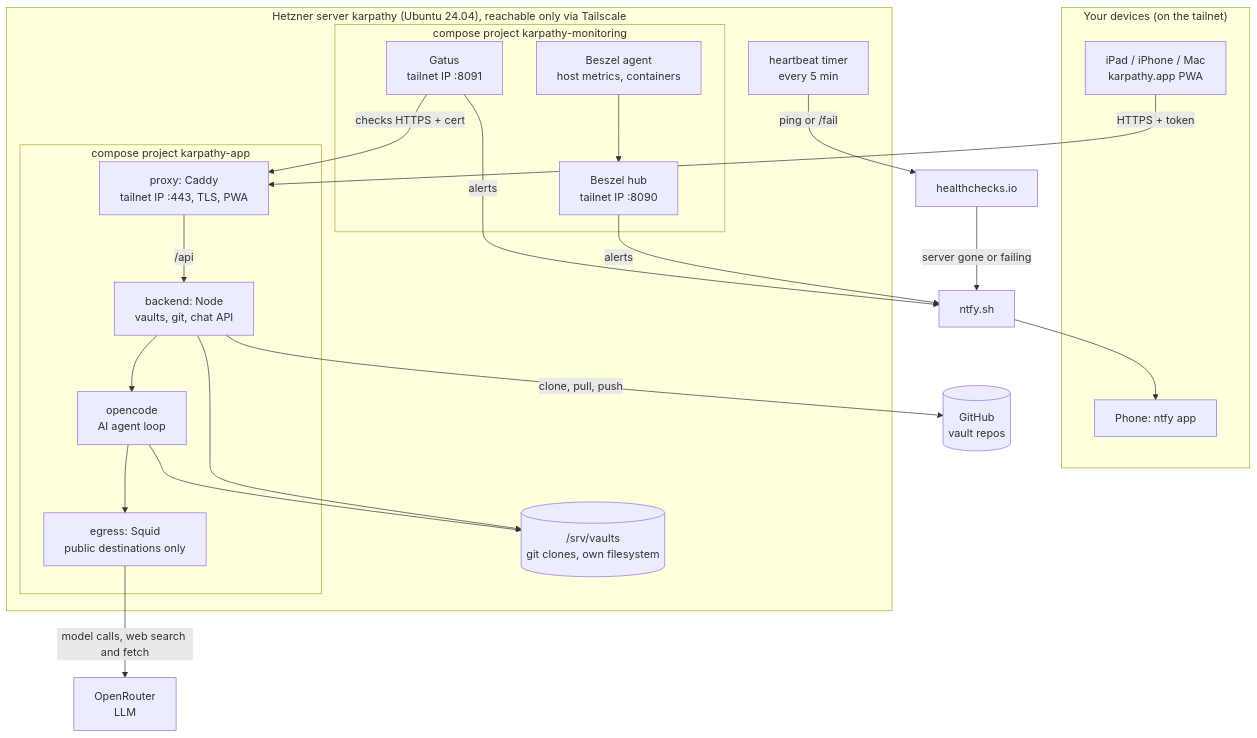
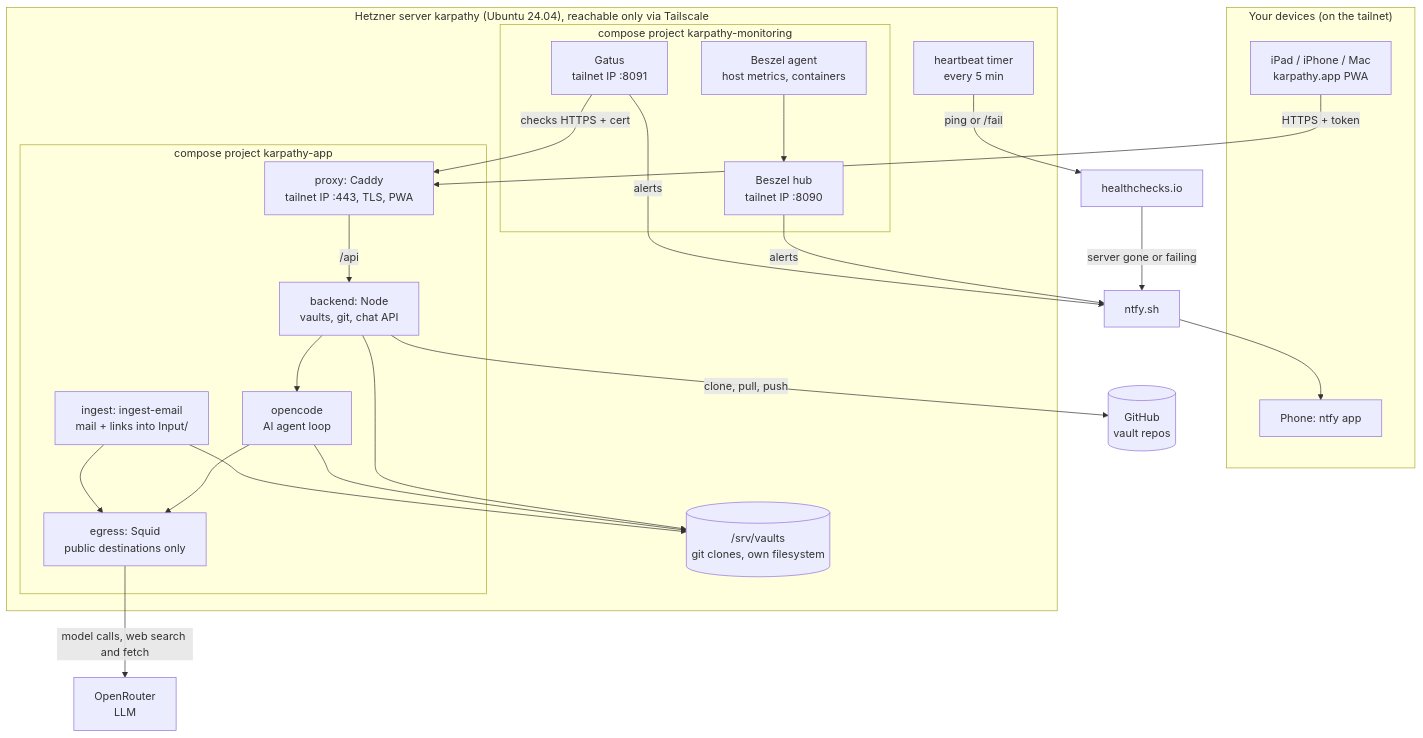
The diagram in deploy/README.md (tillg/karpathy.app), drawn with Mermaid before and after one commit. The commit also changed other lines of this file and 6 other files, not shown here.

````diff
--- a/deploy/README.md
+++ b/deploy/README.md
@@ -9,41 +9,44 @@
 ```mermaid
 flowchart TB
   subgraph Devices["Your devices (on the tailnet)"]
     iPad[iPad / iPhone / Mac<br/>karpathy.app PWA]
     Phone[Phone: ntfy app]
   end
   subgraph Server["Hetzner server karpathy (Ubuntu 24.04), reachable only via Tailscale"]
     subgraph App["compose project karpathy-app"]
       proxy[proxy: Caddy<br/>tailnet IP :443, TLS, PWA]
       backend[backend: Node<br/>vaults, git, chat API]
       opencode[opencode<br/>AI agent loop]
       egress[egress: Squid<br/>public destinations only]
+      ingest[ingest: ingest-email<br/>mail + links into Input/]
     end
     subgraph Mon["compose project karpathy-monitoring"]
       hub[Beszel hub<br/>tailnet IP :8090]
       agent[Beszel agent<br/>host metrics, containers]
       gatus[Gatus<br/>tailnet IP :8091]
     end
     vaults[(/srv/vaults<br/>git clones, own filesystem)]
     timer[heartbeat timer<br/>every 5 min]
   end
   GitHub[(GitHub<br/>vault repos)]
   LLM[OpenRouter<br/>LLM]
   HC[healthchecks.io]
   NTFY[ntfy.sh]
   iPad -->|HTTPS + token| proxy
   proxy -->|/api| backend
   backend --> opencode
   backend --> vaults
   opencode --> vaults
   backend -->|clone, pull, push| GitHub
   opencode --> egress
+  ingest --> vaults
+  ingest --> egress
   egress -->|model calls, web search and fetch| LLM
   agent --> hub
   gatus -->|checks HTTPS + cert| proxy
   hub -->|alerts| NTFY
   gatus -->|alerts| NTFY
   timer -->|ping or /fail| HC
   HC -->|server gone or failing| NTFY
   NTFY --> Phone
 ```
````
